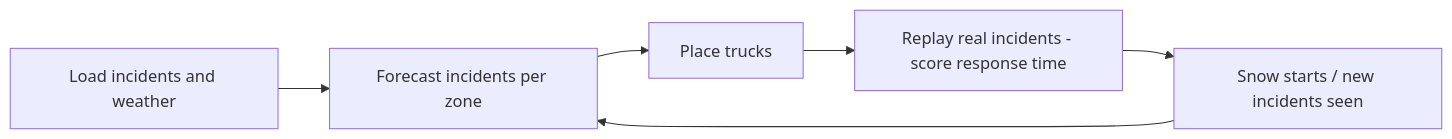
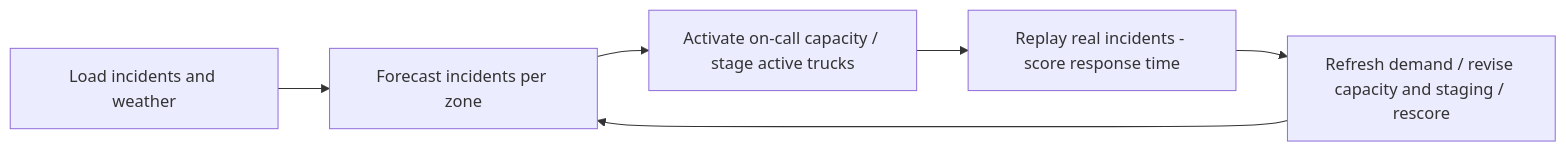
One commit to Drakooz/Stormstage changed the diagram in README.md. Above: the diagram before and after it, drawn with Mermaid. The commit also changed other lines of this file and 5 other files, not shown here.

Commit message:
Align docs with on-call StormStage design

````diff
--- a/README.md
+++ b/README.md
@@ -42,8 +46,8 @@
 ```mermaid
 flowchart LR
   A[Load incidents and weather] --> B[Forecast incidents per zone]
-  B --> C[Place trucks]
+  B --> C[Activate on-call capacity / stage active trucks]
   C --> D[Replay real incidents - score response time]
-  D --> E[Snow starts / new incidents seen]
+  D --> E[Refresh demand / revise capacity and staging / rescore]
   E --> B
 ```
````
